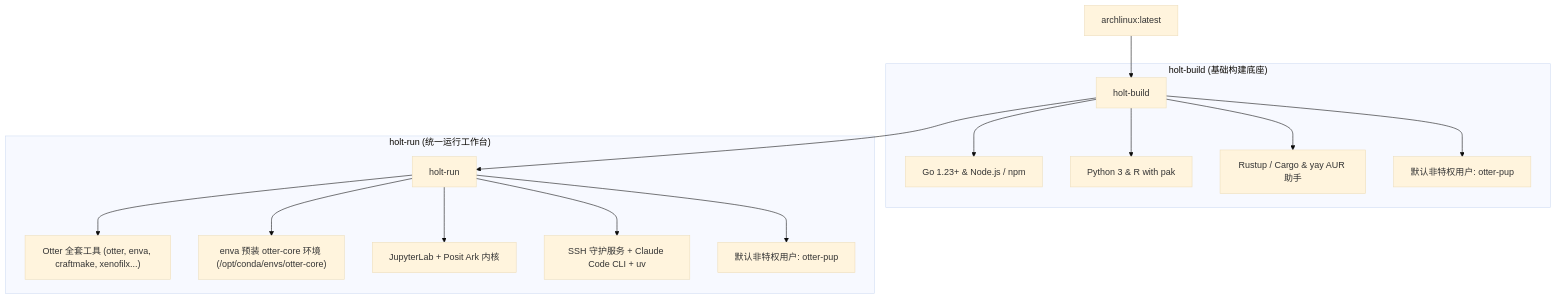
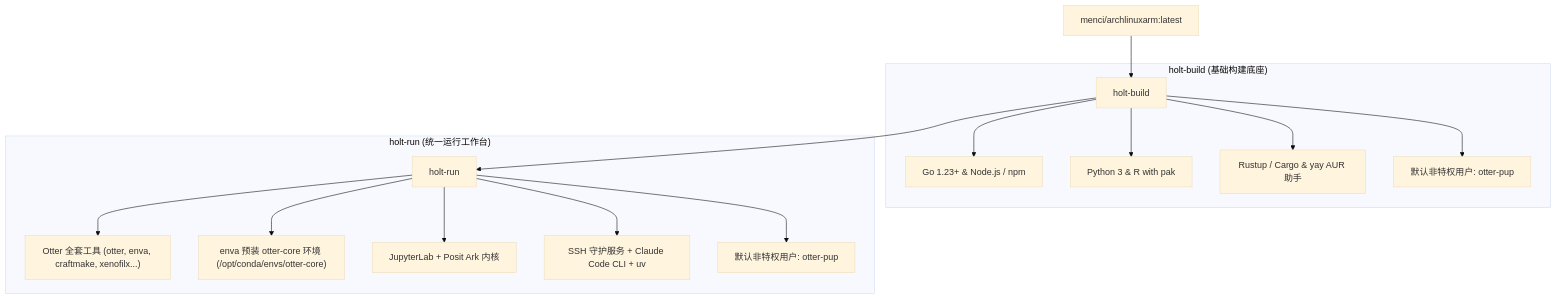
Before and after one commit to otterlab-bio/holt: the diagram in README_zh.md, drawn with Mermaid (base theme). The commit also changed other lines of this file and 5 other files, not shown here.

First line of the commit message:
feat: publish holt-build and holt-run for amd64 and arm64

````diff
--- a/README_zh.md
+++ b/README_zh.md
@@ -42,20 +42,20 @@
 ```mermaid
 graph TD
-    A[archlinux:latest] --> B[holt-build]
+    A[menci/archlinuxarm:latest] --> B[holt-build]
     B --> C[holt-run]
 
     subgraph "holt-build (基础构建底座)"
         B --> B1[Go 1.23+ & Node.js / npm]
         B --> B2[Python 3 & R with pak]
         B --> B3[Rustup / Cargo & yay AUR 助手]
         B --> B4[默认非特权用户: otter-pup]
     end
 
     subgraph "holt-run (统一运行工作台)"
         C --> C1["Otter 全套工具 (otter, enva, craftmake, xenofilx...)"]
         C --> C2["enva 预装 otter-core 环境 (/opt/conda/envs/otter-core)"]
         C --> C3[JupyterLab + Posit Ark 内核]
         C --> C4[SSH 守护服务 + Claude Code CLI + uv]
         C --> C5[默认非特权用户: otter-pup]
     end
 ```
````
